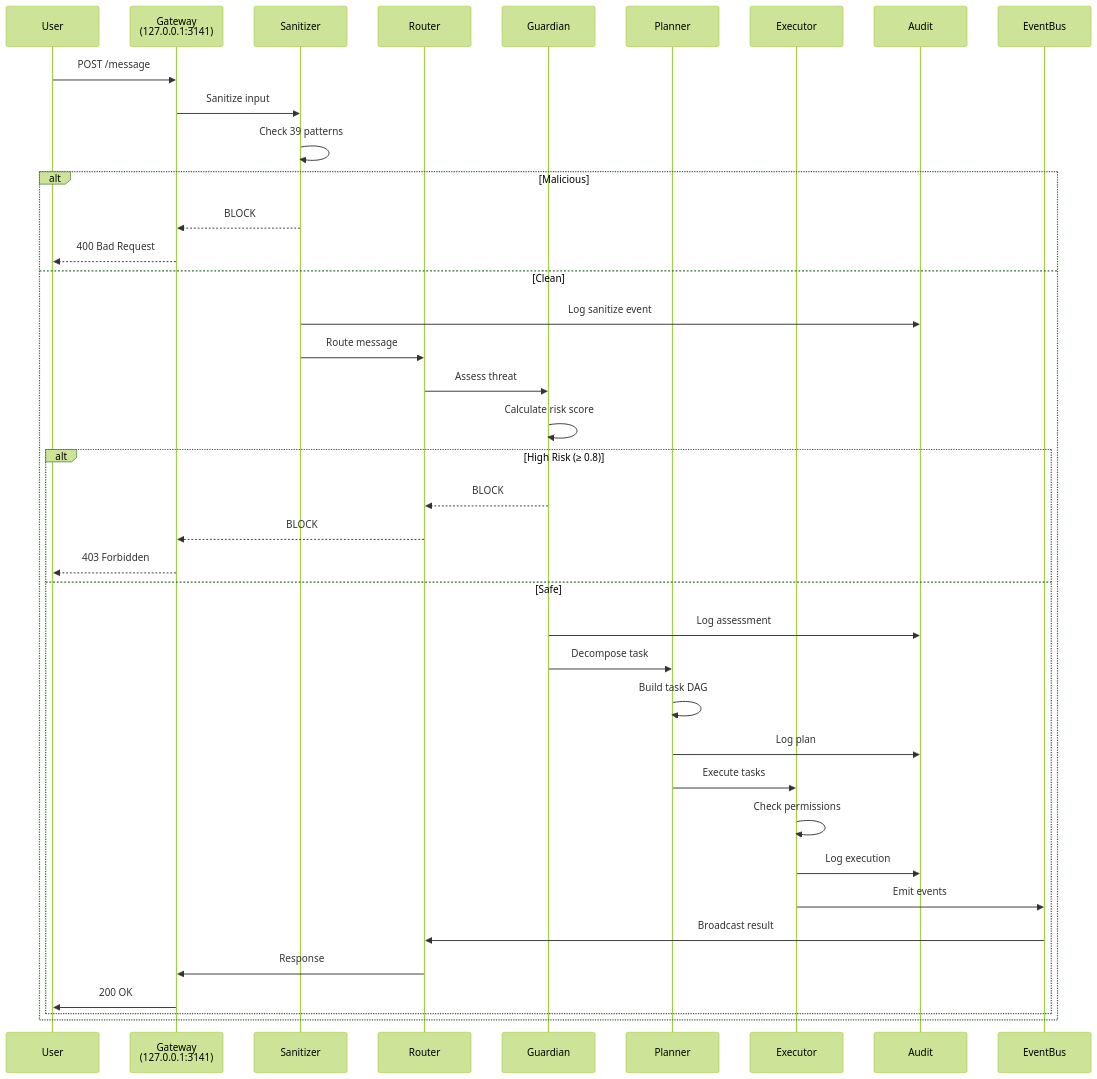
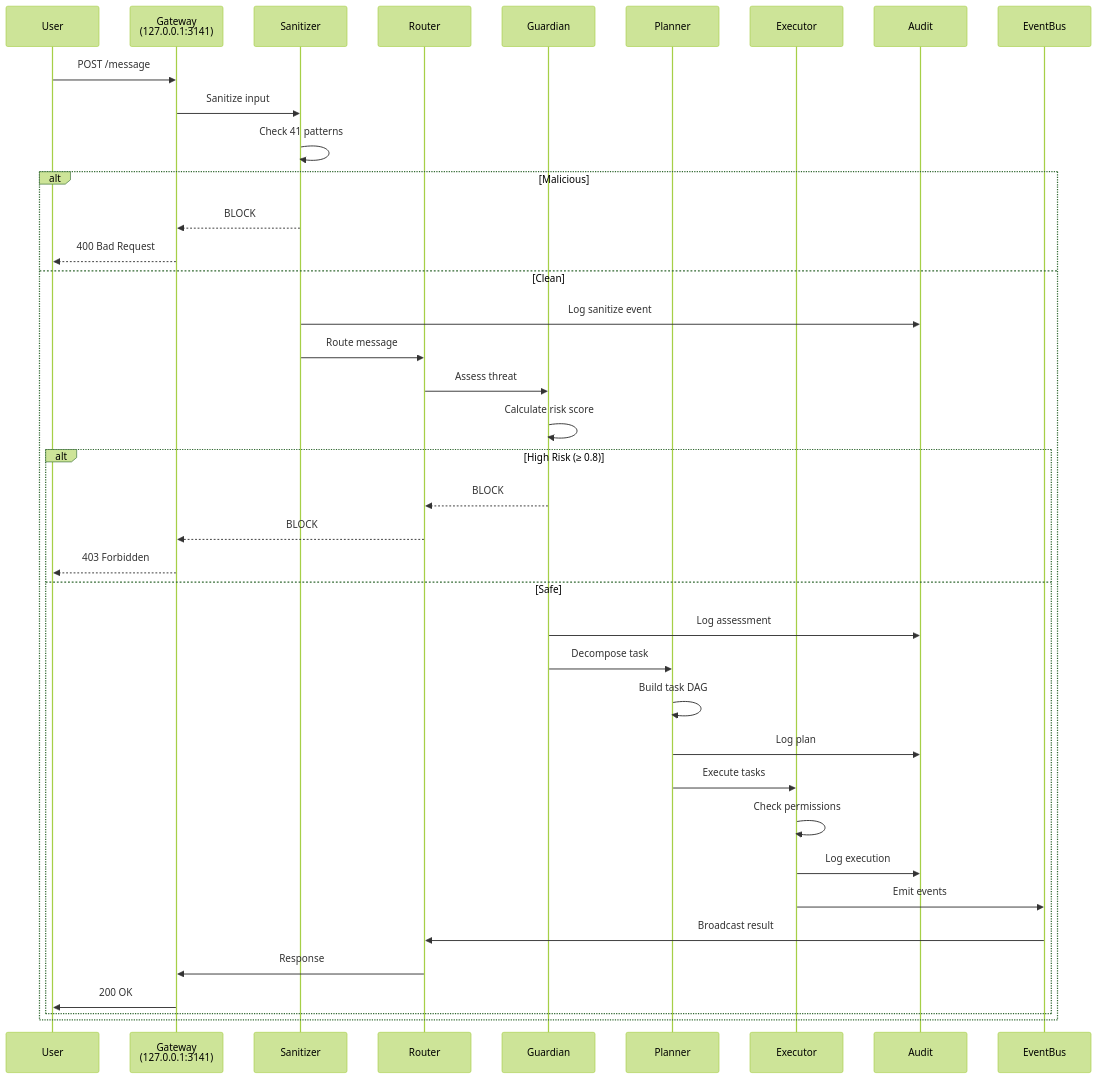
The third of 3 diagrams in README.md (Ari-OS/ARI), drawn with Mermaid (forest theme) before and after one commit. The commit also changed other lines of this file and 13 other files, not shown here.

````diff
--- a/README.md
+++ b/README.md
@@ -234,42 +234,42 @@
 ```mermaid
 sequenceDiagram
     participant U as User
     participant G as Gateway<br/>(127.0.0.1:3141)
     participant S as Sanitizer
     participant R as Router
     participant Guard as Guardian
     participant Plan as Planner
     participant Exec as Executor
     participant A as Audit
     participant EB as EventBus
 
     U->>G: POST /message
     G->>S: Sanitize input
-    S->>S: Check 39 patterns
+    S->>S: Check 41 patterns
     alt Malicious
         S-->>G: BLOCK
         G-->>U: 400 Bad Request
     else Clean
         S->>A: Log sanitize event
         S->>R: Route message
         R->>Guard: Assess threat
         Guard->>Guard: Calculate risk score
         alt High Risk (≥ 0.8)
             Guard-->>R: BLOCK
             R-->>G: BLOCK
             G-->>U: 403 Forbidden
         else Safe
             Guard->>A: Log assessment
             Guard->>Plan: Decompose task
             Plan->>Plan: Build task DAG
             Plan->>A: Log plan
             Plan->>Exec: Execute tasks
             Exec->>Exec: Check permissions
             Exec->>A: Log execution
             Exec->>EB: Emit events
             EB->>R: Broadcast result
             R->>G: Response
             G->>U: 200 OK
         end
     end
 ```
````
